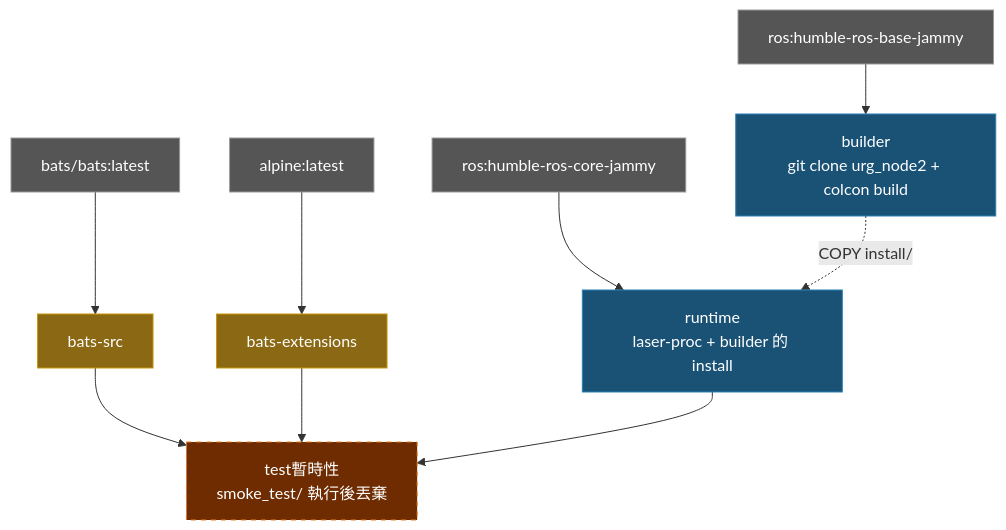
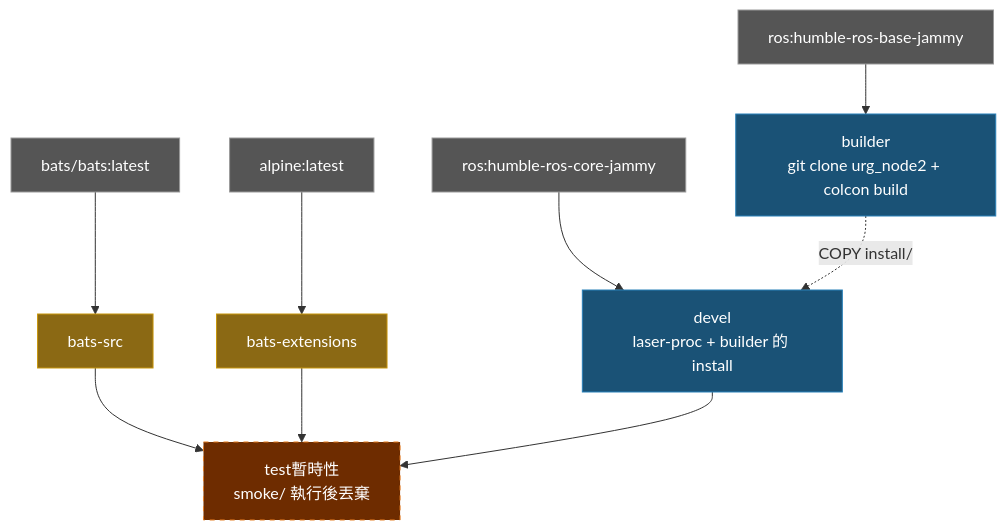
The diagram in doc/README.zh-TW.md (ycpss91255-docker/urg_node2), drawn with Mermaid before and after one commit. The commit also changed other lines of this file and 25 other files, not shown here.

````diff
--- a/doc/README.zh-TW.md
+++ b/doc/README.zh-TW.md
@@ -96,24 +96,24 @@
 ```mermaid
 graph TD
     EXT1["bats/bats:latest"]:::external
     EXT2["alpine:latest"]:::external
     EXT3["ros:humble-ros-base-jammy"]:::external
     EXT4["ros:humble-ros-core-jammy"]:::external
 
     EXT1 --> bats-src["bats-src"]:::tool
     EXT2 --> bats-ext["bats-extensions"]:::tool
 
     EXT3 --> builder["builder\ngit clone urg_node2 + colcon build"]:::stage
 
-    EXT4 --> runtime["runtime\nlaser-proc + builder 的 install"]:::stage
-    builder -.->|COPY install/| runtime
+    EXT4 --> devel["devel\nlaser-proc + builder 的 install"]:::stage
+    builder -.->|COPY install/| devel
 
-    bats-src --> test["test暫時性\nsmoke_test/ 執行後丟棄"]:::ephemeral
+    bats-src --> test["test暫時性\nsmoke/ 執行後丟棄"]:::ephemeral
     bats-ext --> test
-    runtime --> test
+    devel --> test
 
     classDef external fill:#555,color:#fff,stroke:#999
     classDef tool fill:#8B6914,color:#fff,stroke:#c8960c
     classDef stage fill:#1a5276,color:#fff,stroke:#2980b9
     classDef ephemeral fill:#6e2c00,color:#fff,stroke:#e67e22,stroke-dasharray:5 5
 ```
````
